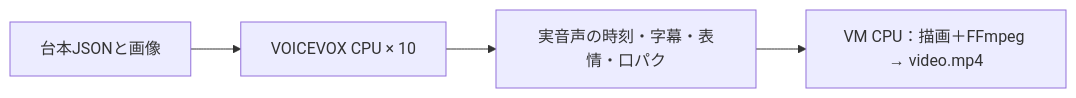
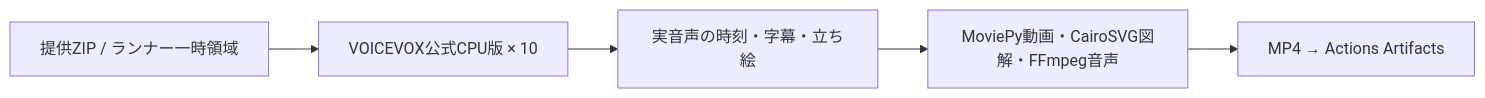
The diagram in README.md (nyu1791-collab/voiceBox-Pipeline), drawn with Mermaid before and after one commit. The commit also changed other lines of this file and 11 other files, not shown here.

Commit message:
Add GitHub Actions VOICEVOX CPU10 and media editing tools

````diff
--- a/README.md
+++ b/README.md
@@ -5,6 +5,7 @@
 ```mermaid
 flowchart LR
-  A[台本JSONと画像] --> B[VOICEVOX CPU × 10]
-  B --> C[実音声の時刻・字幕・表情・口パク]
-  C --> D[VM CPU：描画＋FFmpeg → video.mp4]
+  A[提供ZIP / ランナー一時領域] --> B[VOICEVOX公式CPU版 × 10]
+  B --> C[実音声の時刻・字幕・立ち絵]
+  C --> D[MoviePy動画・CairoSVG図解・FFmpeg音声]
+  D --> E[MP4 → Actions Artifacts]
 ```
````
